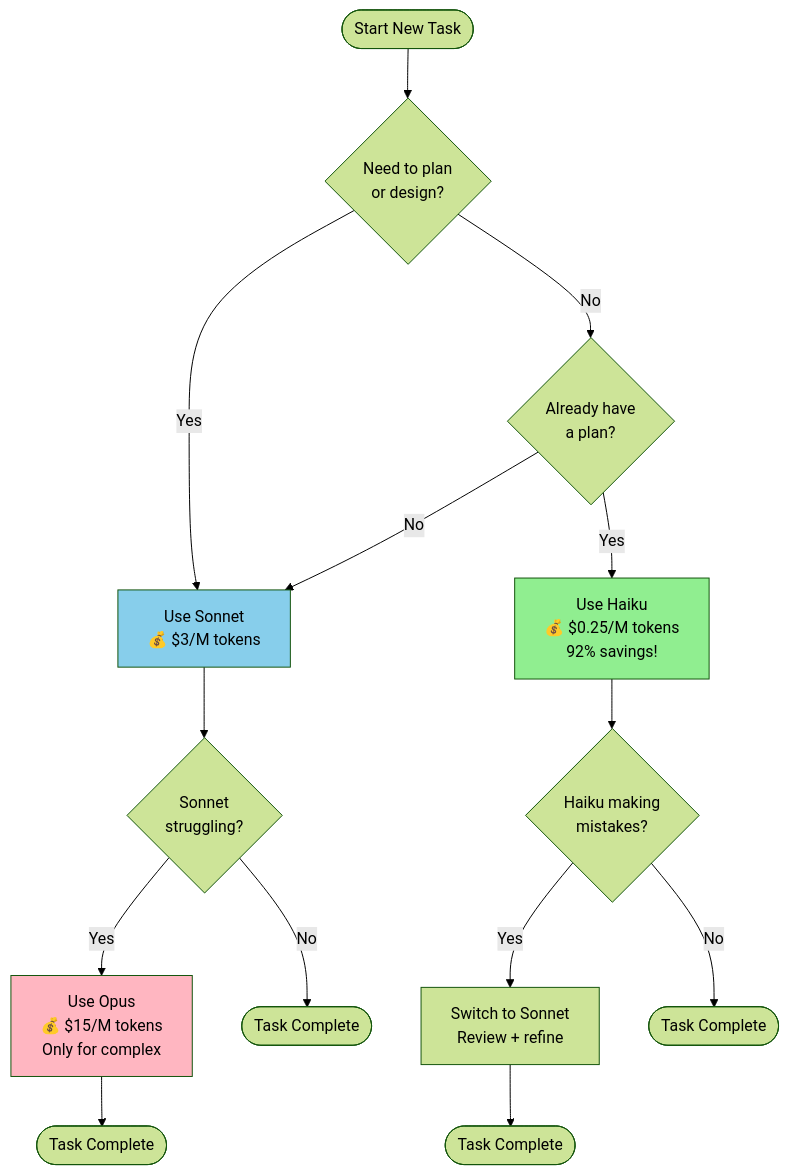
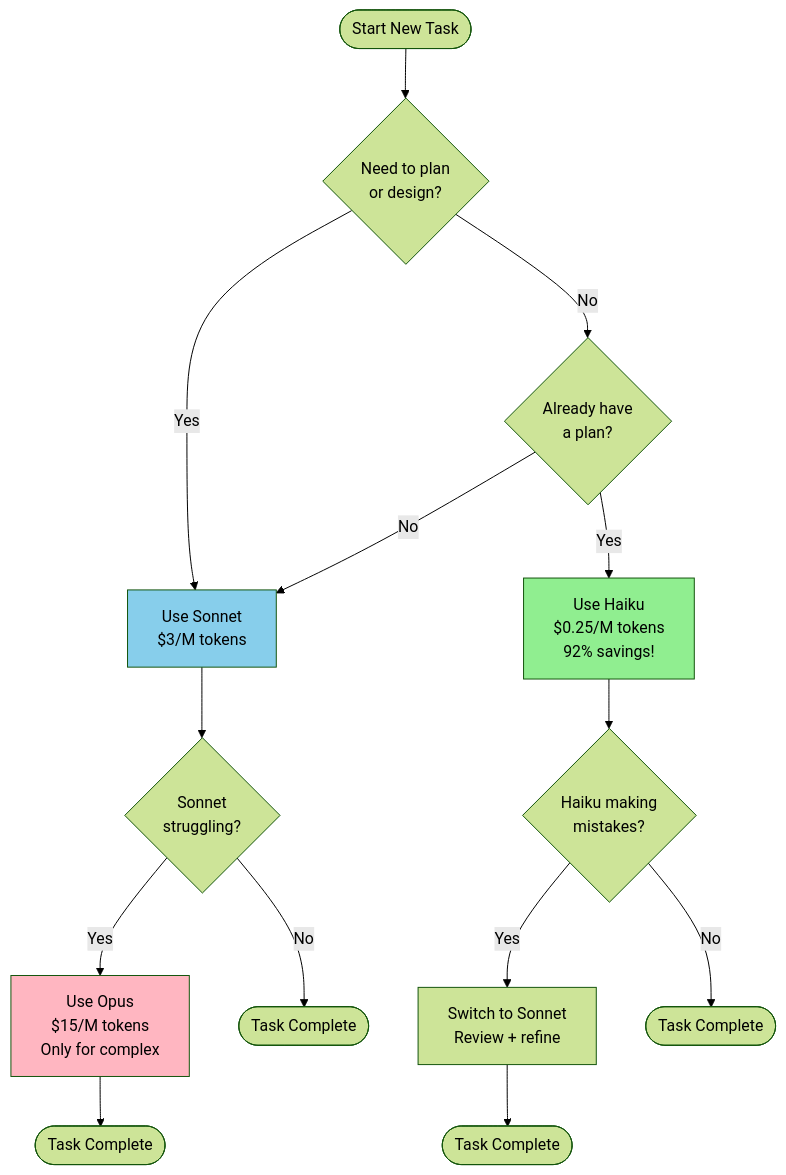
One commit to christianearle01/claude-config-template changed the second of 5 diagrams in docs/00-start-here/06_visual-guides.md. Above: the diagram before and after it, drawn with Mermaid (forest theme). The commit also changed other lines of this file and 9 other files, not shown here.

First line of the commit message:
docs: Fix broken links and Mermaid rendering (Week 1 - v4.9.1)

````diff
--- a/docs/00-start-here/06_visual-guides.md
+++ b/docs/00-start-here/06_visual-guides.md
@@ -66,26 +66,26 @@
 ```mermaid
 flowchart TD
     Start([Start New Task])
     Start --> Q1{Need to plan<br/>or design?}
 
-    Q1 -->|Yes| Sonnet[Use Sonnet<br/>💰 $3/M tokens]
+    Q1 -->|Yes| Sonnet["Use Sonnet<br/>$3/M tokens"]
     Q1 -->|No| Q2{Already have<br/>a plan?}
 
-    Q2 -->|Yes| Haiku[Use Haiku<br/>💰 $0.25/M tokens<br/>92% savings!]
+    Q2 -->|Yes| Haiku["Use Haiku<br/>$0.25/M tokens<br/>92% savings!"]
     Q2 -->|No| Sonnet
 
     Sonnet --> Q3{Sonnet<br/>struggling?}
-    Q3 -->|Yes| Opus[Use Opus<br/>💰 $15/M tokens<br/>Only for complex]
+    Q3 -->|Yes| Opus["Use Opus<br/>$15/M tokens<br/>Only for complex"]
     Q3 -->|No| Done1([Task Complete])
 
     Haiku --> Q4{Haiku making<br/>mistakes?}
-    Q4 -->|Yes| Sonnet2[Switch to Sonnet<br/>Review + refine]
+    Q4 -->|Yes| Sonnet2["Switch to Sonnet<br/>Review + refine"]
     Q4 -->|No| Done2([Task Complete])
 
     Opus --> Done3([Task Complete])
     Sonnet2 --> Done4([Task Complete])
 
     style Haiku fill:#90EE90
     style Sonnet fill:#87CEEB
     style Opus fill:#FFB6C1
 ```
````
